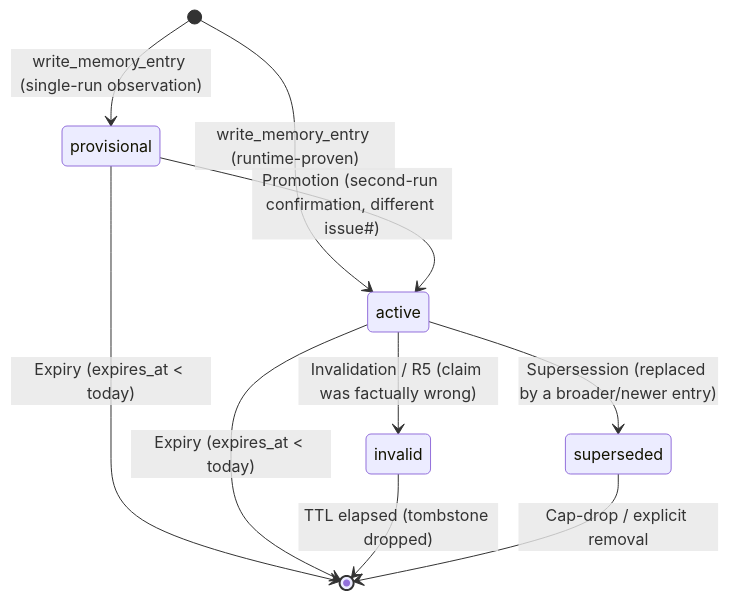
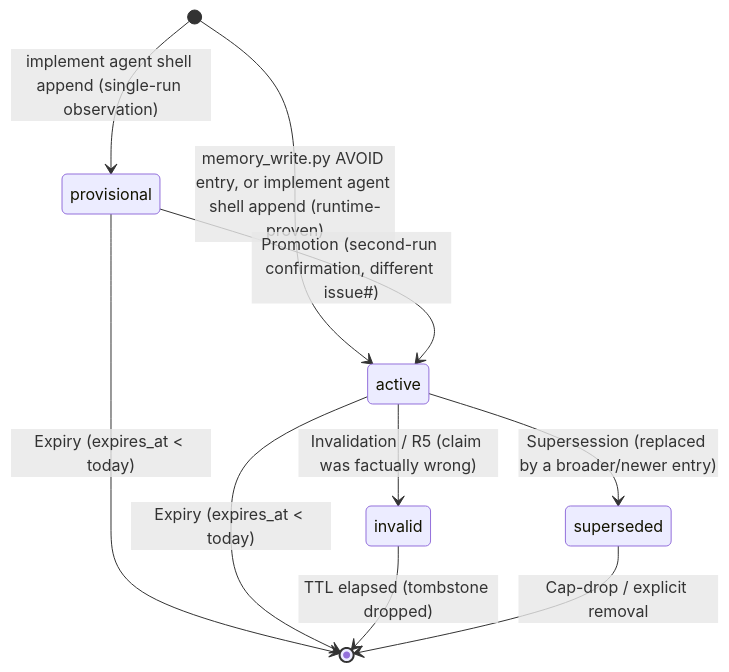
One commit to omniscient/dark-factory changed the diagram in docs/dark-factory-memory-contract.md. Above: the diagram before and after it, drawn with Mermaid. The commit also changed other lines of this file and 3 other files, not shown here.

````diff
--- a/docs/dark-factory-memory-contract.md
+++ b/docs/dark-factory-memory-contract.md
@@ -61,12 +67,12 @@
 ```mermaid
 stateDiagram-v2
-    [*] --> provisional : write_memory_entry (single-run observation)
-    [*] --> active : write_memory_entry (runtime-proven)
+    [*] --> provisional : implement agent shell append (single-run observation)
+    [*] --> active : memory_write.py AVOID entry, or implement agent shell append (runtime-proven)
     provisional --> active : Promotion (second-run confirmation, different issue#)
     provisional --> [*] : Expiry (expires_at < today)
     active --> [*] : Expiry (expires_at < today)
     active --> invalid : Invalidation / R5 (claim was factually wrong)
     active --> superseded : Supersession (replaced by a broader/newer entry)
     invalid --> [*] : TTL elapsed (tombstone dropped)
     superseded --> [*] : Cap-drop / explicit removal
 ```
````
